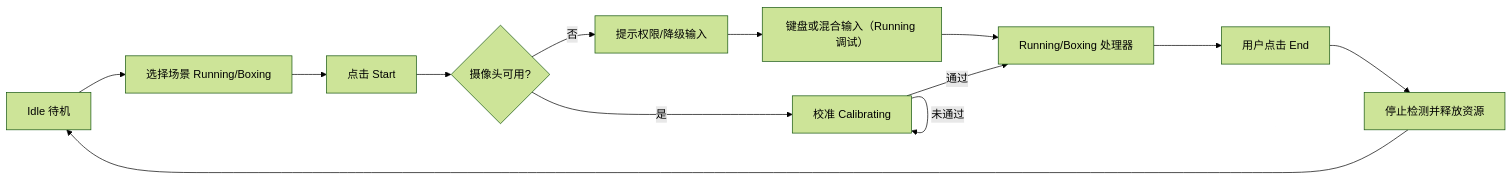
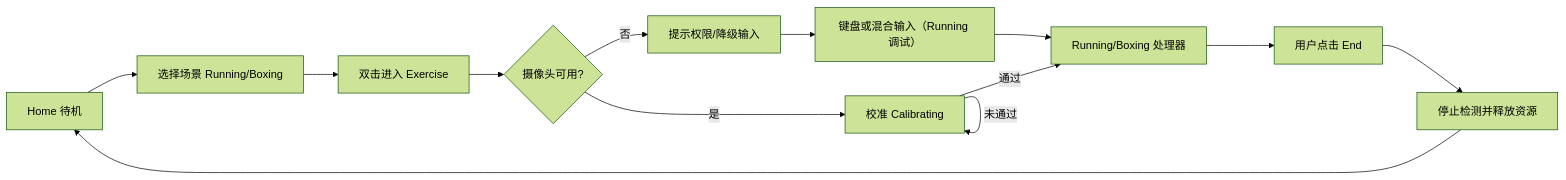
One commit to chiimagnus/VibeSports changed the diagram in .github/docs/business-logic.md. Above: the diagram before and after it, drawn with Mermaid (forest theme). The commit also changed other lines of this file and 1 other file, not shown here.

Commit message:
docs: task7 - document window flow and upper-body-only running

````diff
--- a/.github/docs/business-logic.md
+++ b/.github/docs/business-logic.md
@@ -107,15 +107,15 @@
 ```mermaid
 flowchart LR
-  A[Idle 待机] --> B[选择场景 Running/Boxing]
-  B --> C[点击 Start]
+  A[Home 待机] --> B[选择场景 Running/Boxing]
+  B --> C[双击进入 Exercise]
   C --> D{摄像头可用?}
   D -->|否| E[提示权限/降级输入]
   D -->|是| F[校准 Calibrating]
   F -->|通过| G[Running/Boxing 处理器]
   F -->|未通过| F
   E --> H[键盘或混合输入（Running 调试）]
   H --> G
   G --> I[用户点击 End]
   I --> J[停止检测并释放资源]
   J --> A
 ```
````
